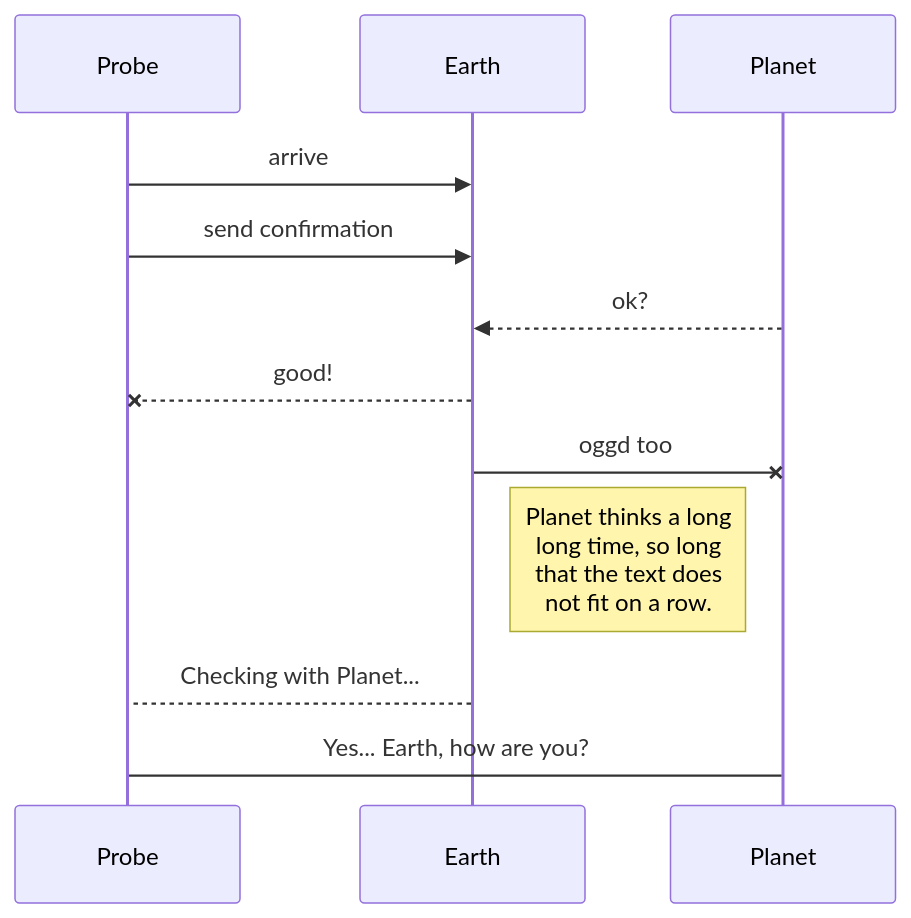
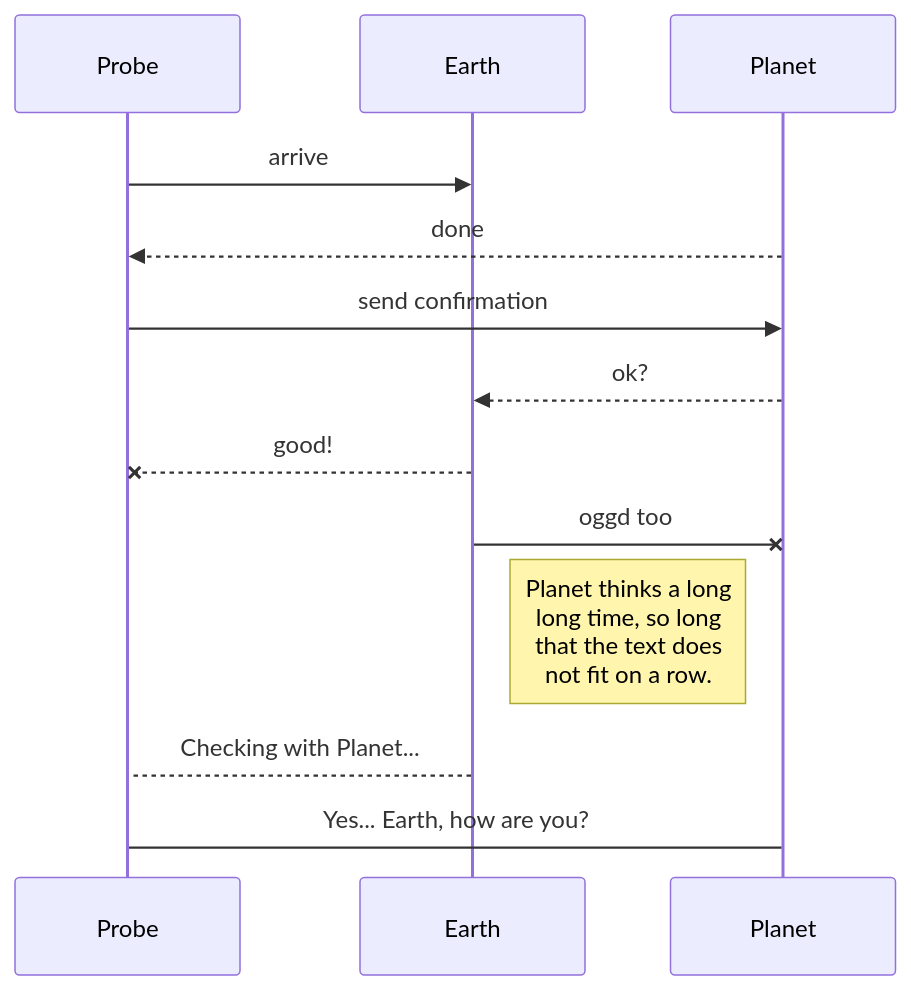
Before and after one commit to andre-svager/teste-sonda-main: the diagram in README.md, drawn with Mermaid.

````diff
--- a/README.md
+++ b/README.md
@@ -67,12 +67,13 @@
 ```mermaid
 sequenceDiagram
 Probe ->> Earth: arrive
-Probe ->> Earth: send confirmation
+Planet-->>Probe: done
+Probe ->> Planet: send confirmation
 Planet-->>Earth: ok?
 Earth--x Probe: good!
 Earth-x Planet: oggd too
 Note right of Earth: Planet thinks a long<br/>long time, so long<br/>that the text does<br/>not fit on a row.
 
 Earth-->Probe: Checking with Planet...
 Probe->Planet: Yes... Earth, how are you?
 ```
````
